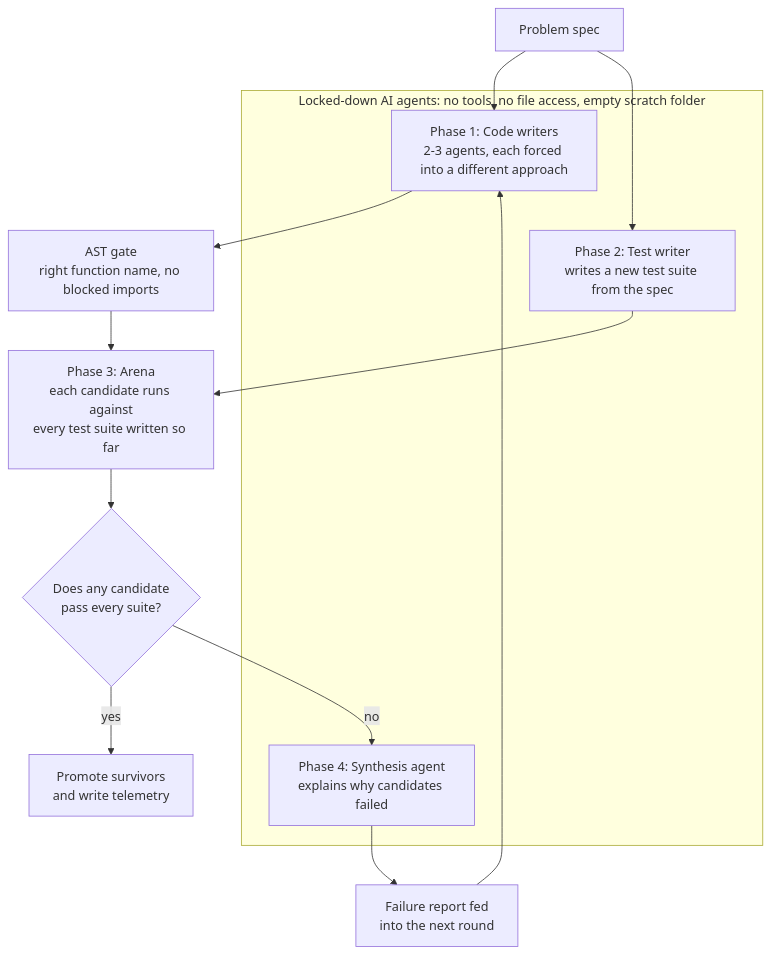
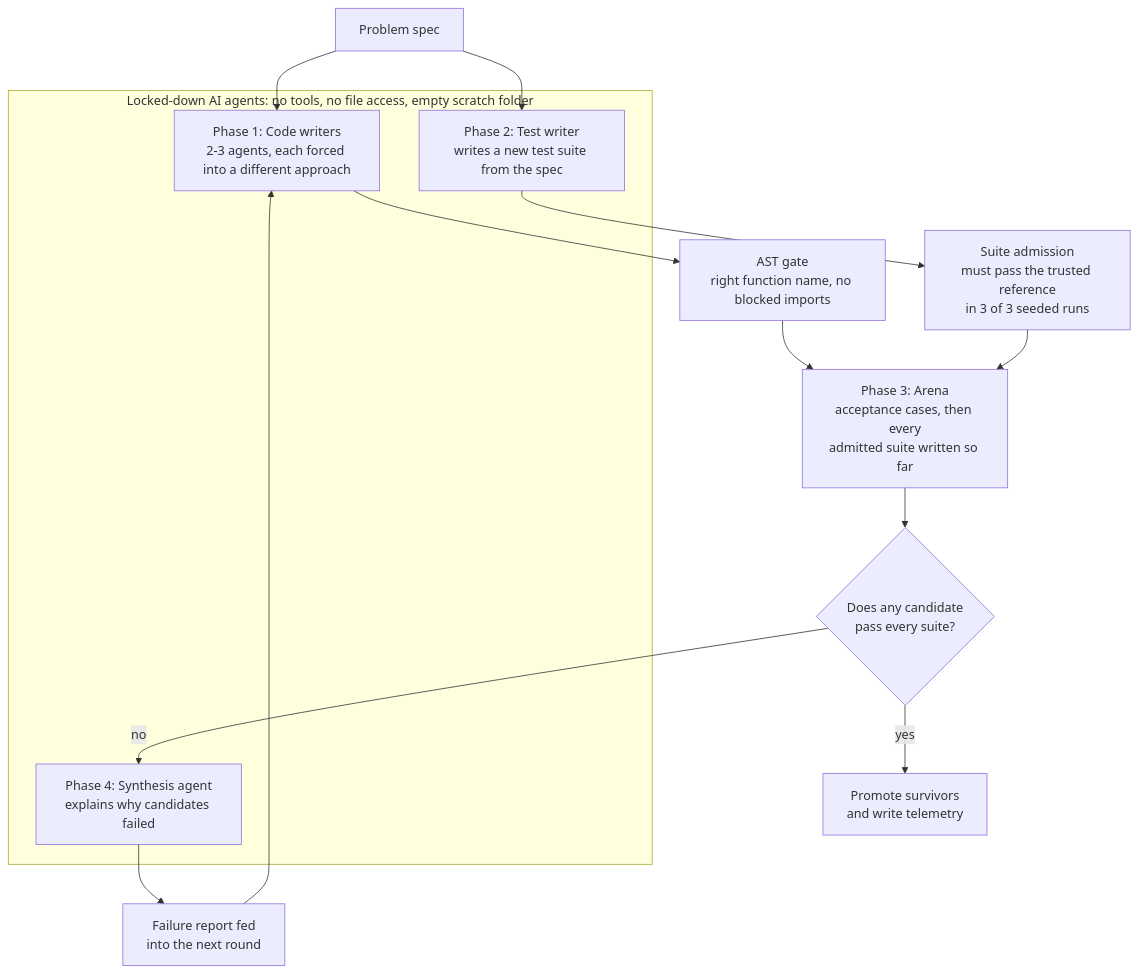
The first of 3 diagrams in README.md (WrdCstlg/crucible-Sept), drawn with Mermaid before and after one commit. The commit also changed other lines of this file and 15 other files, not shown here.

````diff
--- a/README.md
+++ b/README.md
@@ -44,18 +50,19 @@
 ```mermaid
 flowchart TD
     subgraph LOCK["Locked-down AI agents: no tools, no file access, empty scratch folder"]
         G["Phase 1: Code writers<br/>2-3 agents, each forced into a different approach"]
         Q["Phase 2: Test writer<br/>writes a new test suite from the spec"]
         SY["Phase 4: Synthesis agent<br/>explains why candidates failed"]
     end
     S["Problem spec"] --> G
     S --> Q
     G --> AST["AST gate<br/>right function name, no blocked imports"]
-    AST --> AR["Phase 3: Arena<br/>each candidate runs against<br/>every test suite written so far"]
-    Q --> AR
+    AST --> AR["Phase 3: Arena<br/>acceptance cases, then every<br/>admitted suite written so far"]
+    Q --> ADM["Suite admission<br/>must pass the trusted reference<br/>in 3 of 3 seeded runs"]
+    ADM --> AR
     AR --> D{"Does any candidate<br/>pass every suite?"}
     D -- yes --> P["Promote survivors<br/>and write telemetry"]
     D -- no --> SY
     SY --> F["Failure report fed<br/>into the next round"]
     F --> G
 ```
````
